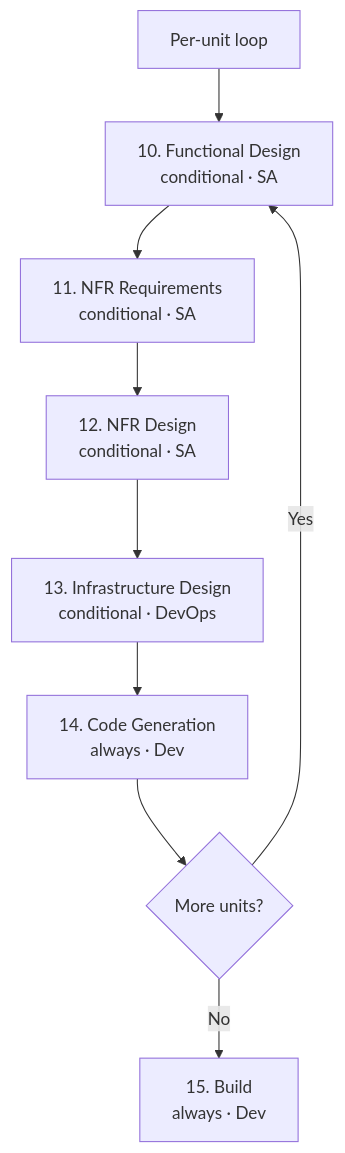
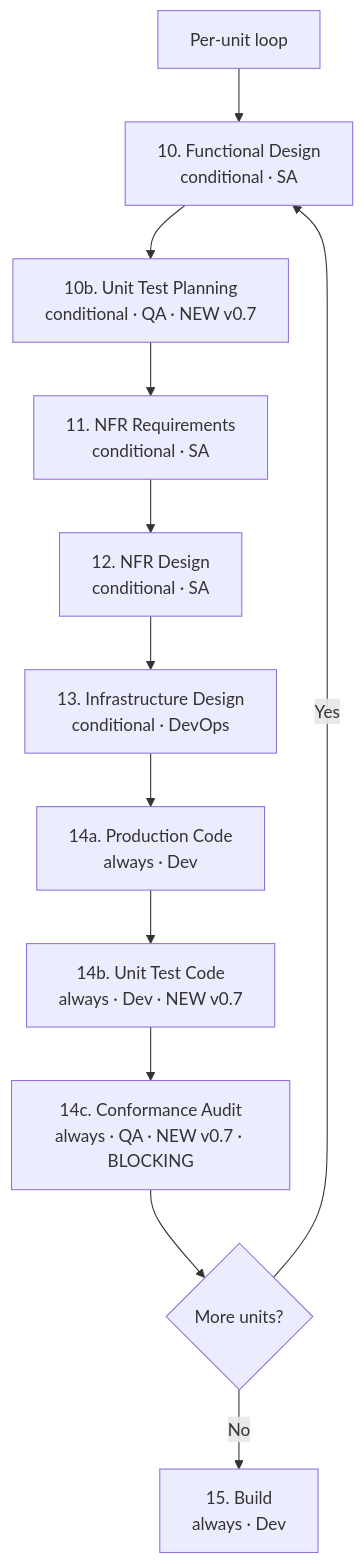
Before and after one commit to thangtmkafi/AI-DLC: the fifth of 6 diagrams in packages/claude-code/CLAUDE.md, drawn with Mermaid. The commit also changed other lines of this file and 57 other files, not shown here.

First line of the commit message:
v0.7: Conformance audit + QA role + 6 new templates · spec-driven, test-verified

````diff
--- a/packages/claude-code/CLAUDE.md
+++ b/packages/claude-code/CLAUDE.md
@@ -134,11 +134,14 @@
 ```mermaid
 flowchart TB
     L[Per-unit loop] --> S10[10. Functional Design<br/>conditional · SA]
-    S10 --> S11[11. NFR Requirements<br/>conditional · SA]
+    S10 --> S10b[10b. Unit Test Planning<br/>conditional · QA · NEW v0.7]
+    S10b --> S11[11. NFR Requirements<br/>conditional · SA]
     S11 --> S12[12. NFR Design<br/>conditional · SA]
     S12 --> S13[13. Infrastructure Design<br/>conditional · DevOps]
-    S13 --> S14[14. Code Generation<br/>always · Dev]
-    S14 --> N{More units?}
+    S13 --> S14a[14a. Production Code<br/>always · Dev]
+    S14a --> S14b[14b. Unit Test Code<br/>always · Dev · NEW v0.7]
+    S14b --> S14c[14c. Conformance Audit<br/>always · QA · NEW v0.7 · BLOCKING]
+    S14c --> N{More units?}
     N -->|Yes| S10
     N -->|No| S15[15. Build<br/>always · Dev]
 ```
````
